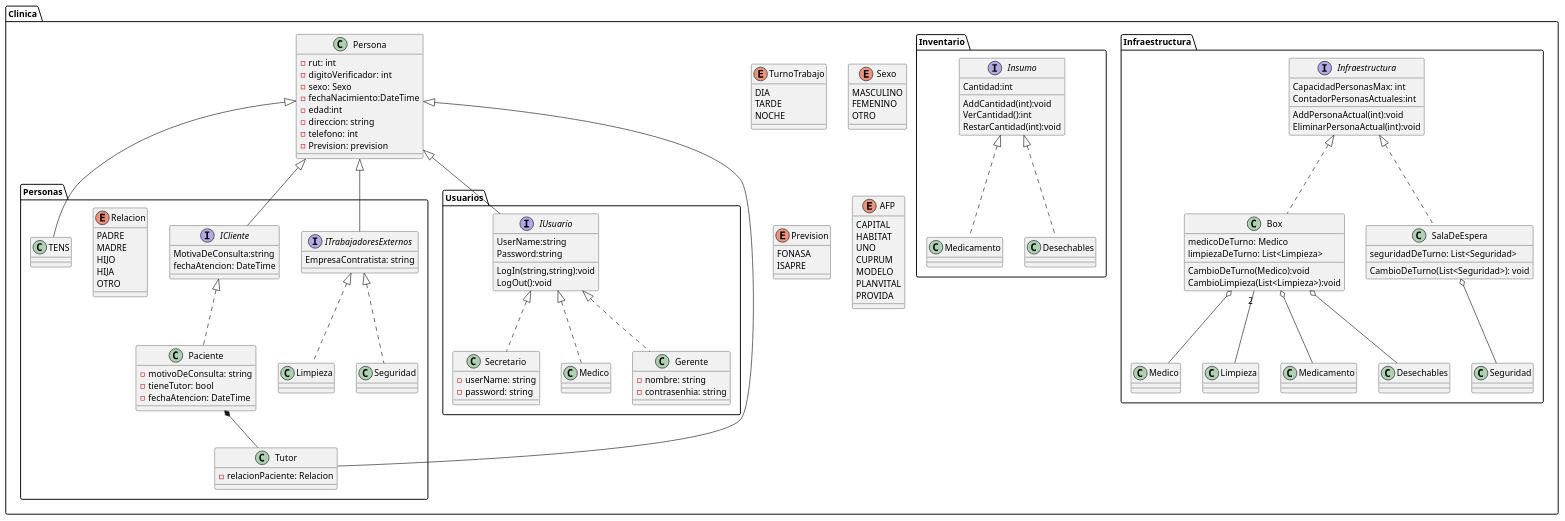
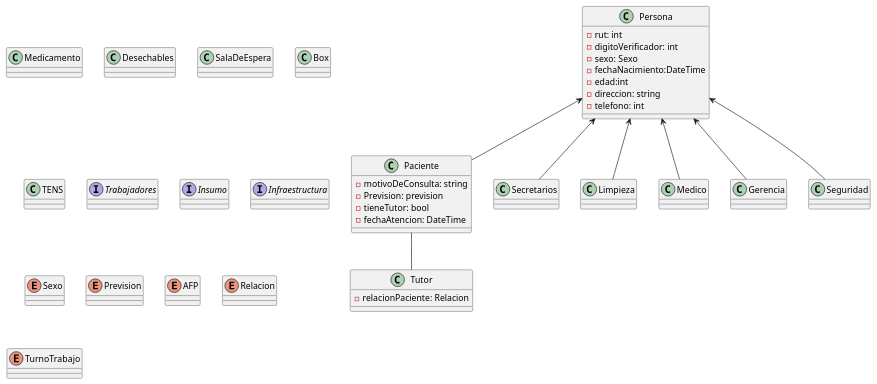
The diagram in consultorio.puml (ecadiz123/ProyectoAvaloniaProgra2), drawn with PlantUML before and after one commit. The commit also changed 13 other files, not shown here.

```diff
--- a/consultorio.puml
+++ b/consultorio.puml
@@ -1,158 +1,65 @@
 @startuml clinicaApp
-package Clinica
-{
-    class Persona{
-        - rut: int
-        - digitoVerificador: int
-        - sexo: Sexo
-        - fechaNacimiento:DateTime
-        - edad:int
-        - direccion: string
-        - telefono: int
-        - Prevision: prevision
-    }
-    enum TurnoTrabajo{
-        DIA
-        TARDE
-        NOCHE
-    }
-    enum Sexo{
-        MASCULINO
-        FEMENINO
-        OTRO
-    }
-    enum Prevision{
-        FONASA
-        ISAPRE
-    }
+class Persona{
+    - rut: int
+    - digitoVerificador: int
+    - sexo: Sexo
+    - fechaNacimiento:DateTime
+    - edad:int
+    - direccion: string
+    - telefono: int 
+}
+class Paciente{
+    -motivoDeConsulta: string 
+    - Prevision: prevision
+    - tieneTutor: bool
+    - fechaAtencion: DateTime
+}
+class Tutor{
+    - relacionPaciente: Relacion
+    
+}
+class Secretarios{}
+class Limpieza{}
+class Medico{
 
-    enum AFP{
-        CAPITAL
-        HABITAT
-        UNO
-        CUPRUM
-        MODELO
-        PLANVITAL
-        PROVIDA
-    }
-    package Infraestructura
-    {
-        interface Infraestructura{
-            CapacidadPersonasMax: int
-            ContadorPersonasActuales:int
-            AddPersonaActual(int):void
-            EliminarPersonaActual(int):void
-        }
-        class Box{
-            medicoDeTurno: Medico
-            limpiezaDeTurno: List<Limpieza>
-            CambioDeTurno(Medico):void
-            CambioLimpieza(List<Limpieza>):void
-        }
-        class SalaDeEspera {
-            seguridadDeTurno: List<Seguridad>
-            CambioDeTurno(List<Seguridad>): void
-        }
-        'Agregacion
-        Box o-- Medico
-        SalaDeEspera o-- Seguridad
-        'Asociacion
-        Box "2" -- Limpieza
-        'Composicion
-        Box o-- Medicamento
-        Box o-- Desechables
-        'Interfaz
-        Infraestructura<|.. Box
-        Infraestructura<|.. SalaDeEspera
+}
+class Gerencia{}
+class Medicamento {}
+class Desechables {}
+class SalaDeEspera {}
+class Box{}
+class TENS{}
+class Seguridad{}
 
-    }
-    package Inventario
-    {
+interface Trabajadores{}
+interface Insumo {}
+interface Infraestructura{}
 
-        interface Insumo {
-            Cantidad:int
-            AddCantidad(int):void
-            VerCantidad():int
-            RestarCantidad(int):void
-        }
-        class Medicamento {}
-        class Desechables {}
-        'Interfaz
-        Insumo<|.. Medicamento
-        Insumo<|.. Desechables
-    }
-    package Personas
-    {
+enum Sexo{
 
+}
+enum Prevision{
 
-        class Paciente{
-            - motivoDeConsulta: string
-            - tieneTutor: bool
-            - fechaAtencion: DateTime
-        }
-        class Tutor{
-            - relacionPaciente: Relacion
-        }
-        class Limpieza{}
+}
 
-        class Seguridad{
-        }
+enum AFP{
 
-        interface ITrabajadoresExternos{
-            EmpresaContratista: string
-        }
-        interface ICliente{
-            MotivaDeConsulta:string
-            fechaAtencion: DateTime
-        }
+}
+enum Relacion{
 
-        enum Relacion{
-            PADRE
-            MADRE
-            HIJO
-            HIJA
-            OTRO
-        }
+}
+enum TurnoTrabajo{
 
-        'Relaciones
-        'Herencias
-        Persona<|-- Tutor
-        Persona<|-- TENS
-        'Composicion
-        Paciente *-- Tutor
-        'Interfaces
-        Persona<|-- ITrabajadoresExternos
-        Persona<|-- ICliente
-        ICliente<|.. Paciente
-        ITrabajadoresExternos<|.. Limpieza
-        ITrabajadoresExternos<|.. Seguridad
-    }
-    package Usuarios
-    {
-        interface IUsuario
-        {
-            LogIn(string,string):void
-            LogOut():void
-            UserName:string
-            Password:string
-        }
-        class Secretario{
-            -userName: string
-            -password: string
-        }
+}
 
-        class Medico{}
-
-        class Gerente
-        {
-            -nombre: string
-            -contrasenhia: string
-
-        }
-        Persona <|-- IUsuario
-        IUsuario<|.. Secretario
-        IUsuario<|.. Gerente
-        IUsuario<|.. Medico
-    }
-}
+'Relaciones 
+'Herencias
+Persona<-- Paciente 
+Persona<-- Secretarios 
+Persona<-- Limpieza 
+Persona<-- Medico 
+Persona<-- Gerencia 
+Persona<-- Seguridad 
+'Asociaciones
+Paciente -- Tutor
 @enduml
```
